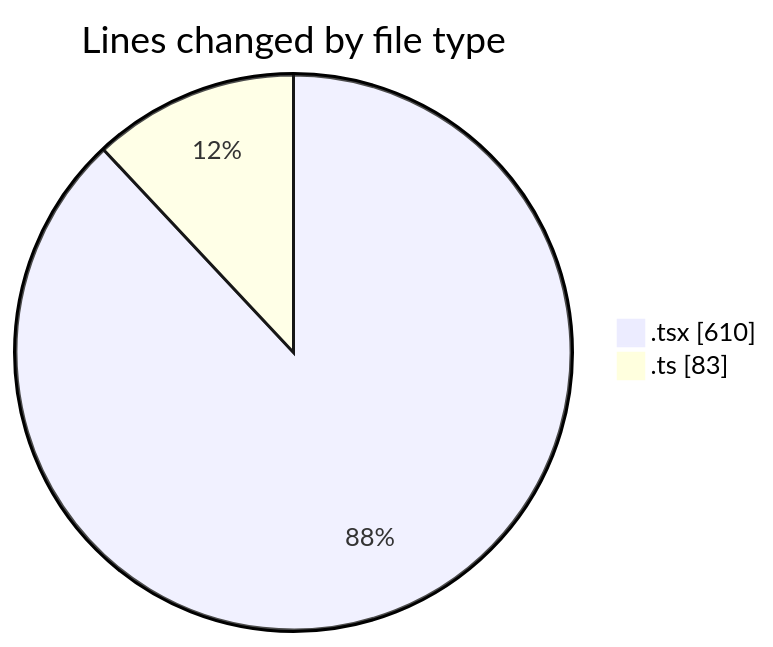
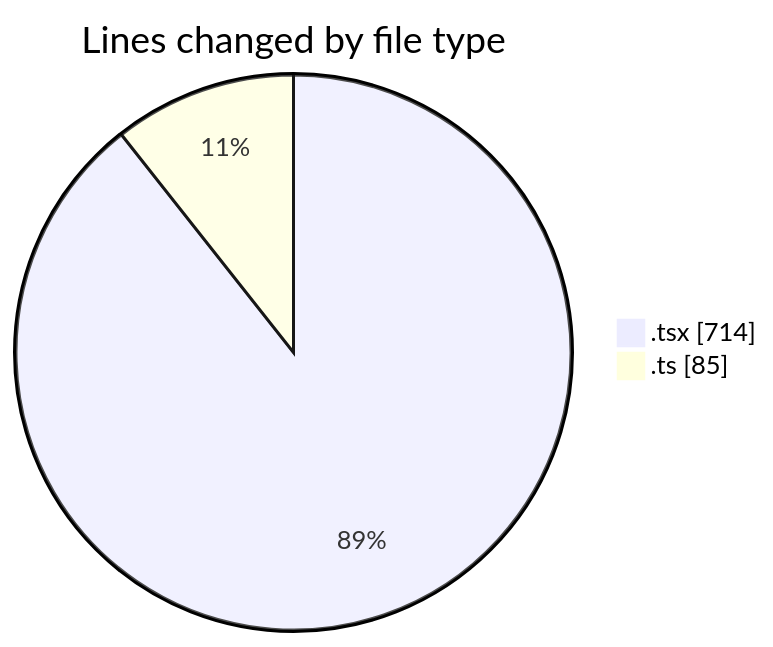
One commit to robertbonfada/code-tracking changed the first of 2 diagrams in 2025-03-19/peregrino-web/README.md. Above: the diagram before and after it, drawn with Mermaid. The commit also changed other lines of this file and 1 other file, not shown here.

````diff
--- a/2025-03-19/peregrino-web/README.md
+++ b/2025-03-19/peregrino-web/README.md
@@ -33,6 +34,6 @@
 ```mermaid
 pie showData
 title Lines changed by file type
-".tsx" : 610
-".ts" : 83
+".tsx" : 714
+".ts" : 85
 ```
````
